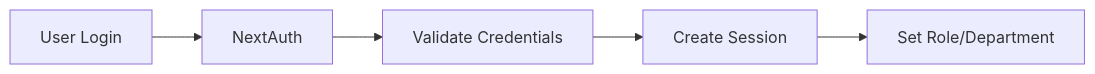
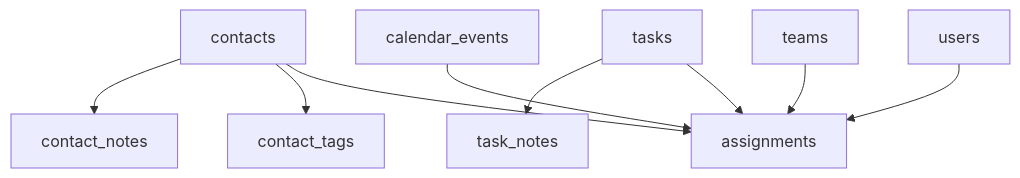
Before and after one commit to Shuggster/BonCRM: the first of 3 diagrams in Documentation/PROJECT_GUIDE.md, drawn with Mermaid. The commit also changed other lines of this file and 13 other files, not shown here.

````diff
--- a/Documentation/PROJECT_GUIDE.md
+++ b/Documentation/PROJECT_GUIDE.md
@@ -60,7 +70,21 @@
 ```mermaid
-graph LR
-    A[User Login] --> B[NextAuth]
-    B --> C[Validate Credentials]
-    C --> D[Create Session]
-    D --> E[Set Role/Department]
+graph TD
+    Contacts[contacts]
+    ContactNotes[contact_notes]
+    ContactTags[contact_tags]
+    Tasks[tasks]
+    TaskNotes[task_notes]
+    Events[calendar_events]
+    Teams[teams]
+    Users[users]
+    Assignments[assignments]
+
+    Contacts --> ContactNotes
+    Contacts --> ContactTags
+    Tasks --> TaskNotes
+    Tasks --> Assignments
+    Events --> Assignments
+    Contacts --> Assignments
+    Teams --> Assignments
+    Users --> Assignments
 ```
````
